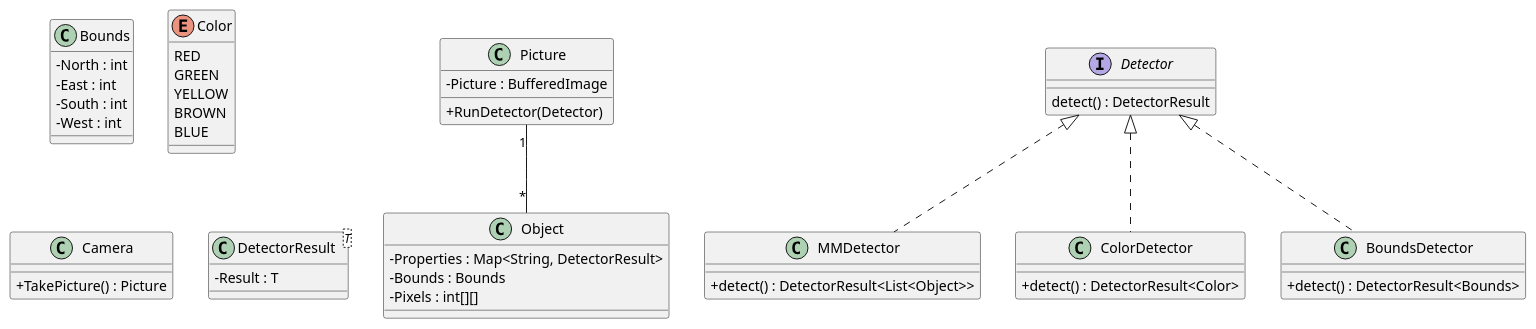
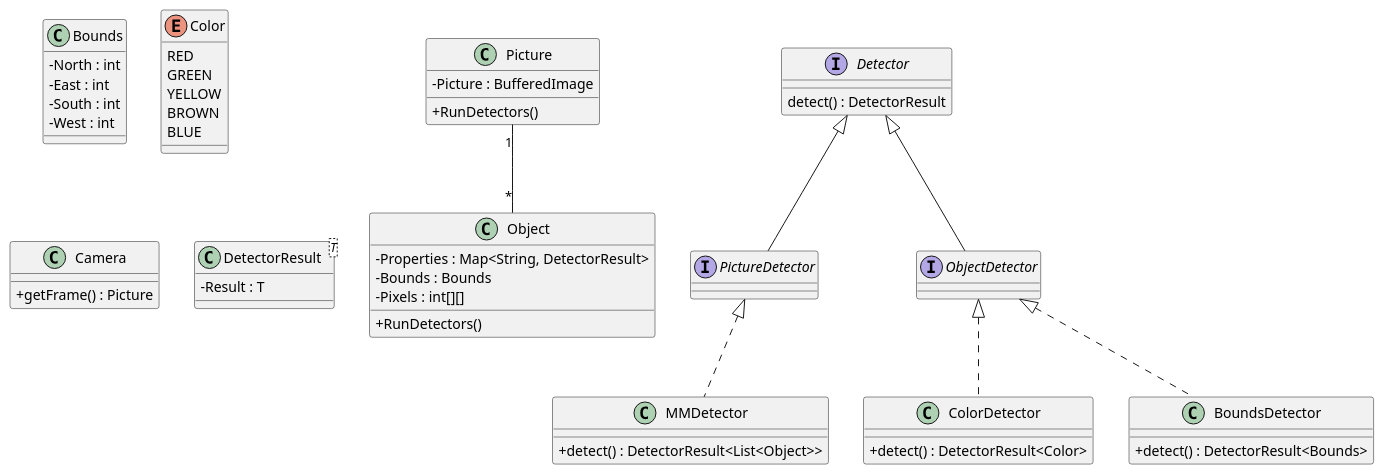
One commit to VincentBean/ProjRobotica changed the diagram in src/ti02/robotica/UML/Class.puml. Above: the diagram before and after it, drawn with PlantUML. The commit also changed 1 other file, not shown here.

Commit message:
Add Sequence diagram

```diff
--- a/src/ti02/robotica/UML/Class.puml
+++ b/src/ti02/robotica/UML/Class.puml
@@ -1,71 +1,79 @@
 @startuml
 
 skinparam {
     classAttributeIconSize 0
     'shadowing false
     'handwritten true
     'monospace reverse
 }
 
 class Object {
     - Properties : Map<String, DetectorResult>
     - Bounds : Bounds
     - Pixels : int[][]
-
+    + RunDetectors()
 }
 
 class Bounds {
     - North : int
     - East : int
     - South : int
     - West : int
 }
 
 enum Color {
     RED
     GREEN
     YELLOW
     BROWN
     BLUE
 }
 
 class Picture {
     - Picture : BufferedImage
-    + RunDetector(Detector)
+    + RunDetectors()
 }
 
 class Camera {
-    + TakePicture() : Picture
+    + getFrame() : Picture
 }
 
 interface Detector {
     detect() : DetectorResult
 }
 
-class MMDetector implements Detector {
+interface PictureDetector implements Detector {
+
+}
+
+interface ObjectDetector implements Detector {
+
+}
+
+class MMDetector implements PictureDetector {
     + detect() : DetectorResult<List<Object>>
 }
 
-class ColorDetector implements Detector {
+class ColorDetector implements ObjectDetector {
     + detect() : DetectorResult<Color>
 }
 
-class BoundsDetector implements Detector {
+class BoundsDetector implements ObjectDetector {
     + detect() : DetectorResult<Bounds>
 }
 
 class DetectorResult<T> {
     - Result : T
 }
 
 
 'Picture --* Camera
 
 
 'Picture "1" -- "*" Detector
 Picture "1" -- "*" Object
 
 'Object "1" --* Bounds
 'Object "1" --* Color
 
 @enduml
```
